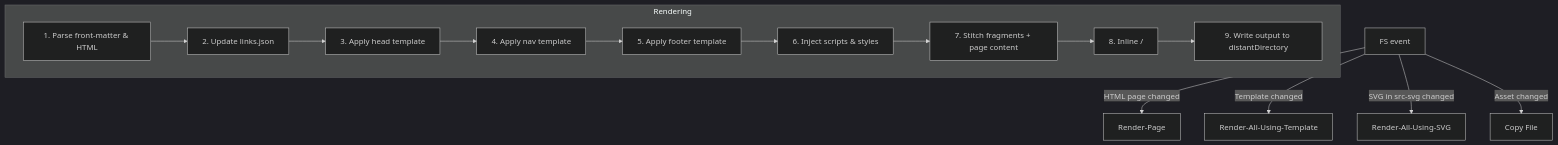
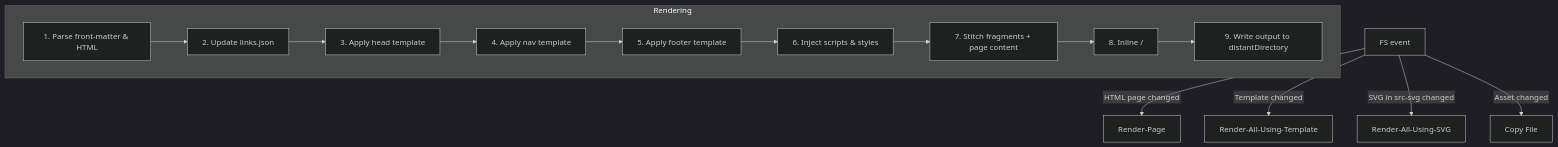
The diagram in docs/06-rendering-pipeline.md (KobraRocks/kobra-kreator), drawn with Mermaid (dark theme) before and after one commit. The commit also changed other lines of this file and 9 other files, not shown here.

````diff
--- a/docs/06-rendering-pipeline.md
+++ b/docs/06-rendering-pipeline.md
@@ -14,21 +14,22 @@
 ```mermaid
 %% TODO: replace with an SVG once the diagram is final
+%%{init: {'flowchart': {'htmlLabels': false}}}%%
 flowchart TD
     E[FS event] --> |HTML page changed| P1[Render‑Page]
     E --> |Template changed| P2[Render‑All‑Using‑Template]
     E --> |SVG in src-svg changed| P3[Render‑All‑Using‑SVG]
     E --> |Asset changed| AC[Copy File]
 
     subgraph Rendering
       PARSE[1. Parse front-matter & HTML]
       LINKS[2. Update links.json]
       HEAD[3. Apply head template]
       NAV[4. Apply nav template]
       FOOT[5. Apply footer template]
       SCRIPTS[6. Inject scripts & styles]
       ASSEMBLE[7. Stitch fragments + page content]
       REPLACE[8. Inline <icon>/<logo>]
       WRITE[9. Write output to distantDirectory]
       PARSE --> LINKS --> HEAD --> NAV --> FOOT --> SCRIPTS --> ASSEMBLE --> REPLACE --> WRITE
     end
 ```
````
